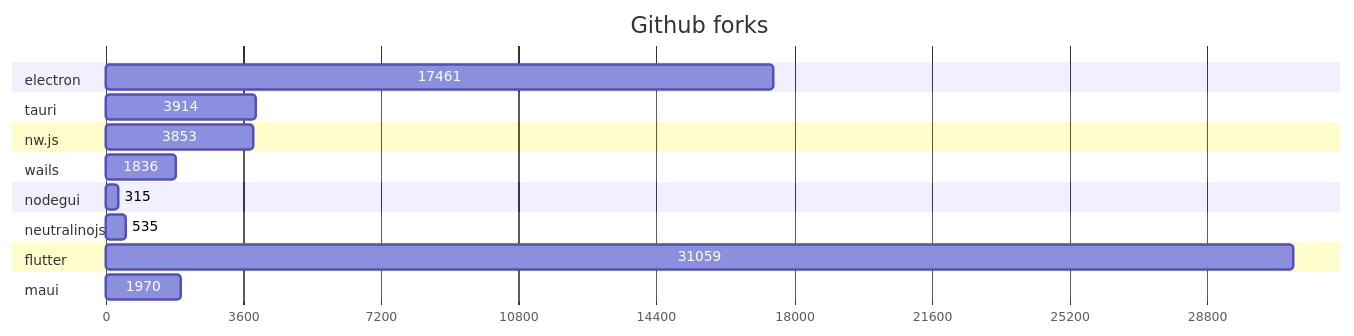
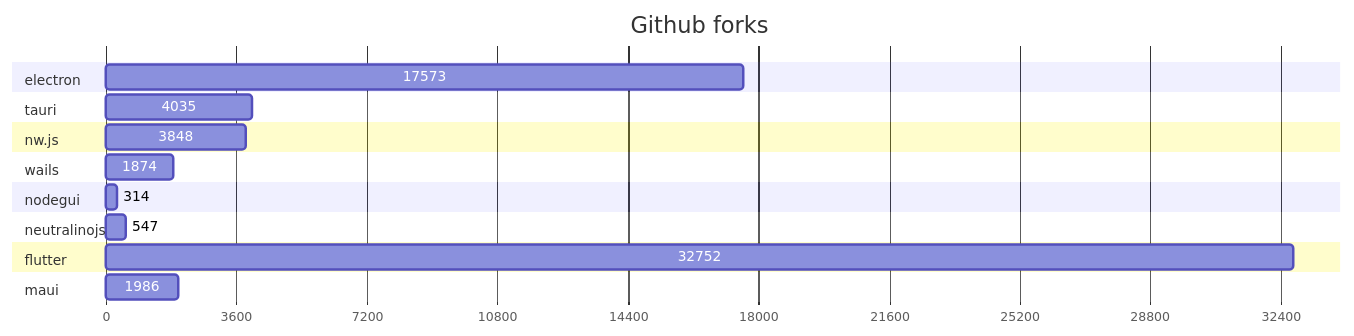
The second of 2 diagrams in GRAPHS.md (Elanis/web-to-desktop-framework-comparison), drawn with Mermaid before and after one commit. The commit also changed other lines of this file and 2 other files, not shown here.

Commit message:
Update stars & Fork

````diff
--- a/GRAPHS.md
+++ b/GRAPHS.md
@@ -47,40 +47,40 @@
 ```mermaid
 gantt
     title Github forks
     dateFormat  X
     axisFormat %s
 
 
 	section electron
-	17461 : 0, 17461
+	17573 : 0, 17573
 
 	
 	section tauri
-	3914 : 0, 3914
+	4035 : 0, 4035
 
 	
 	section nw.js
-	3853 : 0, 3853
+	3848 : 0, 3848
 
 	
 	section wails
-	1836 : 0, 1836
+	1874 : 0, 1874
 
 	
 	section nodegui
-	315 : 0, 315
+	314 : 0, 314
 
 	
 	section neutralinojs
-	535 : 0, 535
+	547 : 0, 547
 
 	
 	section flutter
-	31059 : 0, 31059
+	32752 : 0, 32752
 
 	
 	section maui
-	1970 : 0, 1970
+	1986 : 0, 1986
 
 	
 ```
````
